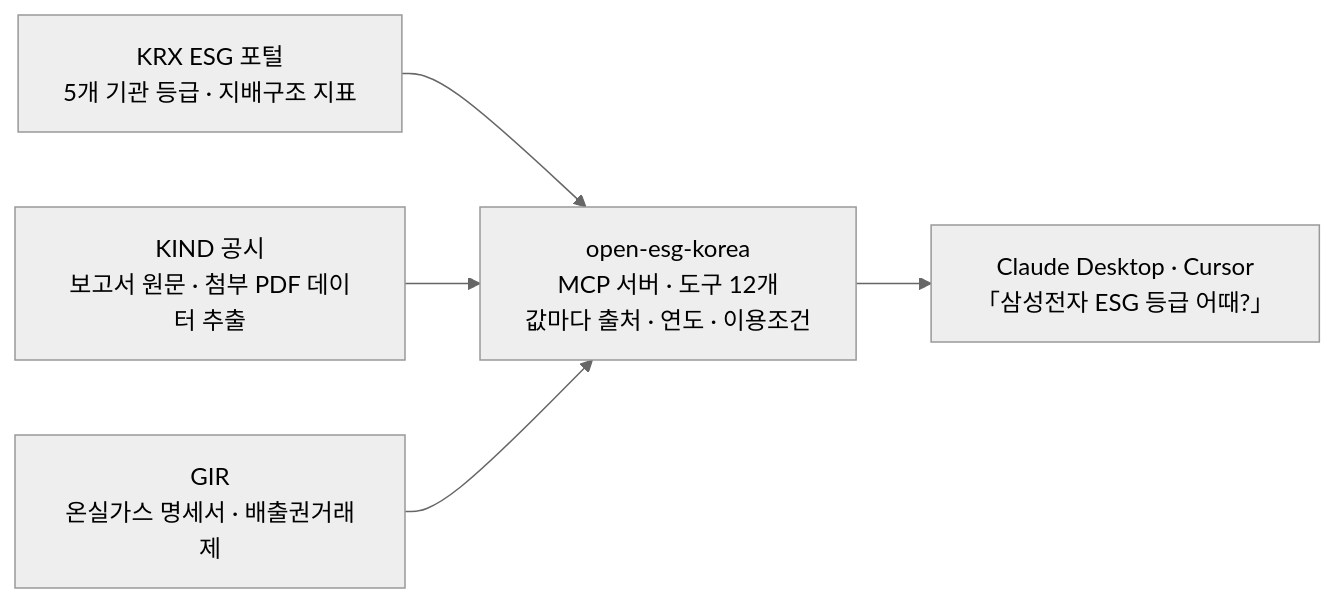
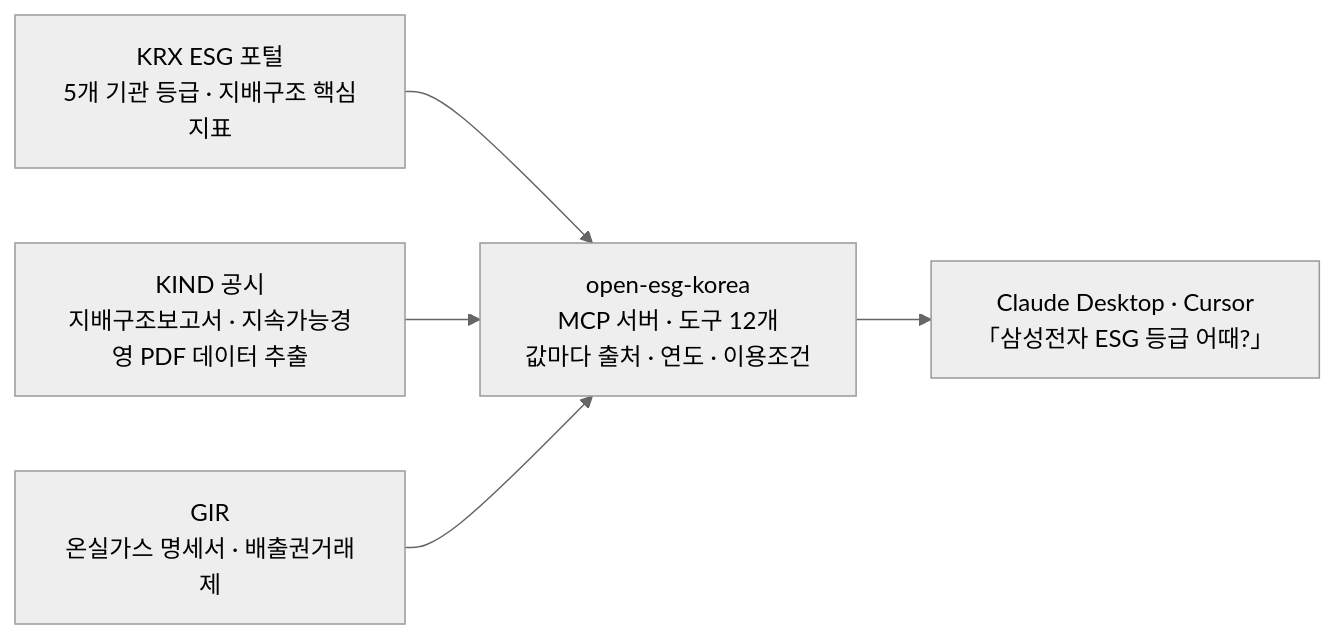
Before and after one commit to MarcoYou/open-esg-korea: the diagram in README.md, drawn with Mermaid (neutral theme).

````diff
--- a/README.md
+++ b/README.md
@@ -20,7 +20,7 @@
 ```mermaid
 flowchart LR
-    A["KRX ESG 포털<br/>5개 기관 등급 · 지배구조 지표"] --> S
-    B["KIND 공시<br/>보고서 원문 · 첨부 PDF 데이터 추출"] --> S
+    A["KRX ESG 포털<br/>5개 기관 등급 · 지배구조 핵심지표"] --> S
+    B["KIND 공시<br/>지배구조보고서 · 지속가능경영 PDF 데이터 추출"] --> S
     C["GIR<br/>온실가스 명세서 · 배출권거래제"] --> S
     S["open-esg-korea<br/>MCP 서버 · 도구 12개<br/>값마다 출처 · 연도 · 이용조건"] --> D["Claude Desktop · Cursor<br/>「삼성전자 ESG 등급 어때?」"]
 ```
````
